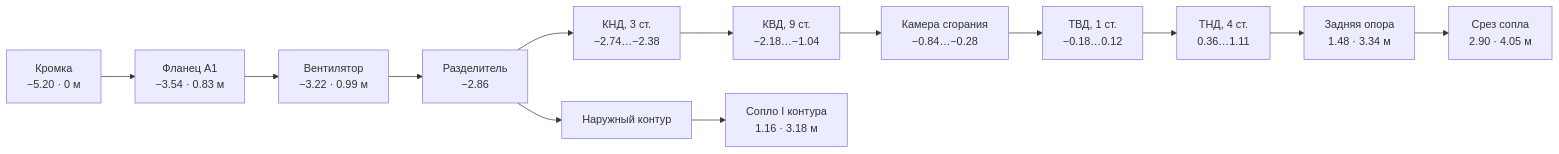
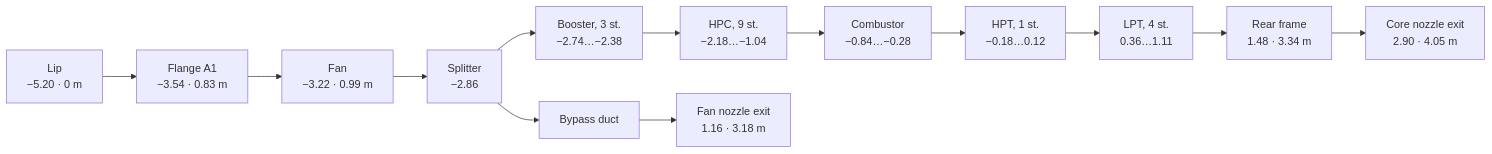
One commit to jubbon/jet-engine-3d changed the diagram in docs/02-geometry.md. Above: the diagram before and after it, drawn with Mermaid. The commit also changed other lines of this file and 15 other files, not shown here.

````diff
--- a/docs/02-geometry.md
+++ b/docs/02-geometry.md
@@ -31,14 +32,14 @@
 ```mermaid
 flowchart LR
-  A["Кромка<br/>−5.20 · 0 м"] --> A1["Фланец A1<br/>−3.54 · 0.83 м"]
-  A1 --> B["Вентилятор<br/>−3.22 · 0.99 м"]
-  B --> C["Разделитель<br/>−2.86"]
-  C --> D["КНД, 3 ст.<br/>−2.74…−2.38"]
-  D --> E["КВД, 9 ст.<br/>−2.18…−1.04"]
-  E --> F["Камера сгорания<br/>−0.84…−0.28"]
-  F --> G["ТВД, 1 ст.<br/>−0.18…0.12"]
-  G --> H["ТНД, 4 ст.<br/>0.36…1.11"]
-  H --> I["Задняя опора<br/>1.48 · 3.34 м"]
-  I --> J["Срез сопла<br/>2.90 · 4.05 м"]
-  C --> K["Наружный контур"] --> L["Сопло I контура<br/>1.16 · 3.18 м"]
+  A["Lip<br/>−5.20 · 0 m"] --> A1["Flange A1<br/>−3.54 · 0.83 m"]
+  A1 --> B["Fan<br/>−3.22 · 0.99 m"]
+  B --> C["Splitter<br/>−2.86"]
+  C --> D["Booster, 3 st.<br/>−2.74…−2.38"]
+  D --> E["HPC, 9 st.<br/>−2.18…−1.04"]
+  E --> F["Combustor<br/>−0.84…−0.28"]
+  F --> G["HPT, 1 st.<br/>−0.18…0.12"]
+  G --> H["LPT, 4 st.<br/>0.36…1.11"]
+  H --> I["Rear frame<br/>1.48 · 3.34 m"]
+  I --> J["Core nozzle exit<br/>2.90 · 4.05 m"]
+  C --> K["Bypass duct"] --> L["Fan nozzle exit<br/>1.16 · 3.18 m"]
 ```
````
